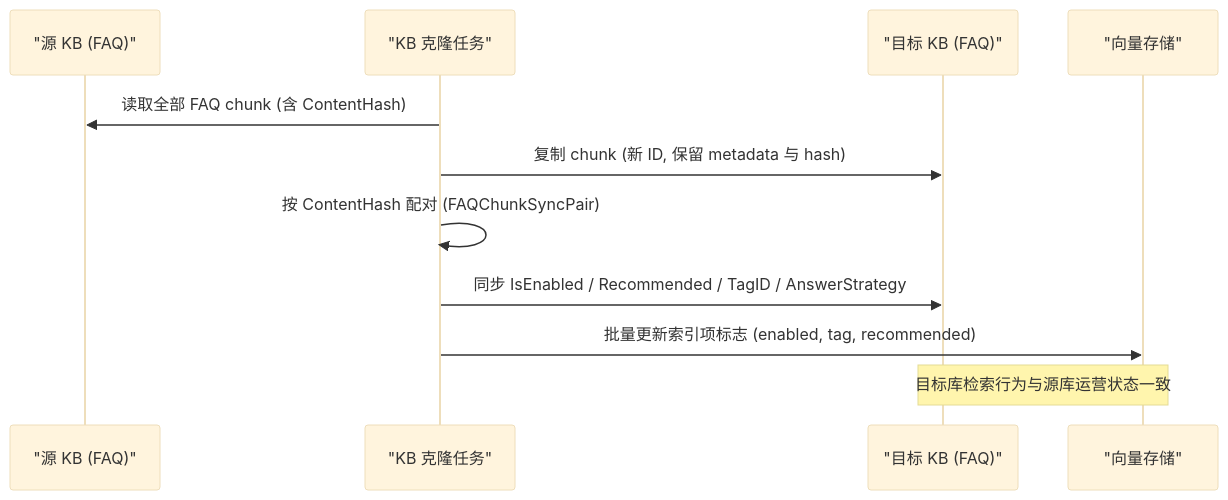
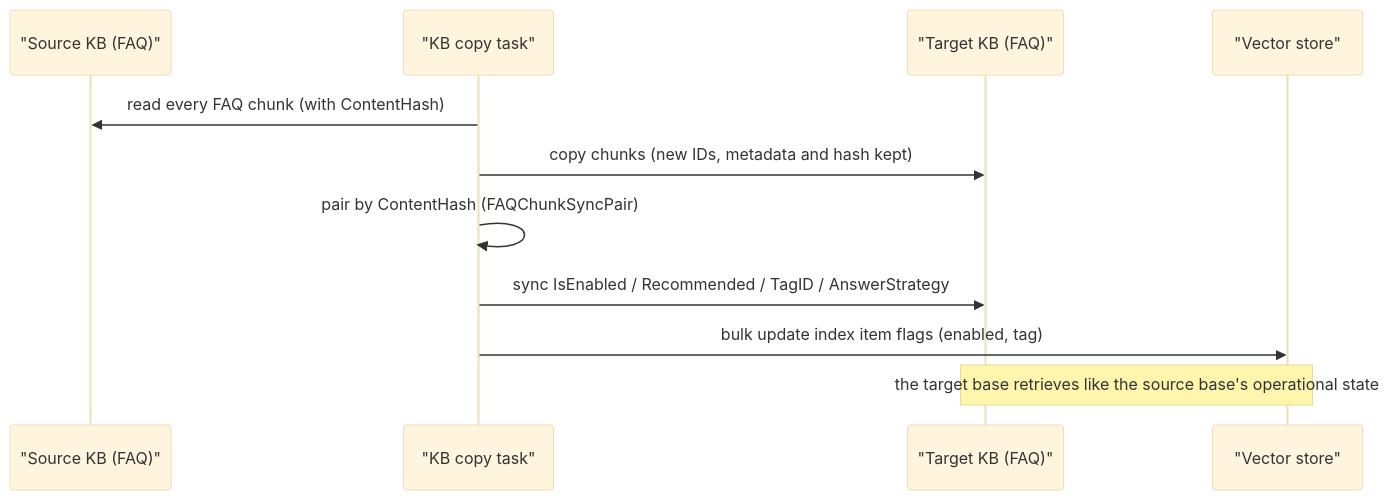
One commit to jrmatherly/ai-kb changed the second of 2 diagrams in website-docs/03-features/17-faq.md. Above: the diagram before and after it, drawn with Mermaid (base theme). The commit also changed other lines of this file and 5 other files, not shown here.

````diff
--- a/website-docs/03-features/17-faq.md
+++ b/website-docs/03-features/17-faq.md
@@ -223,13 +230,13 @@
 ```mermaid
 sequenceDiagram
-    participant Src as "源 KB (FAQ)"
-    participant Clone as "KB 克隆任务"
-    participant Dst as "目标 KB (FAQ)"
-    participant VS as "向量存储"
-    Clone->>Src: 读取全部 FAQ chunk (含 ContentHash)
-    Clone->>Dst: 复制 chunk (新 ID, 保留 metadata 与 hash)
-    Clone->>Clone: 按 ContentHash 配对 (FAQChunkSyncPair)
-    Clone->>Dst: 同步 IsEnabled / Recommended / TagID / AnswerStrategy
-    Clone->>VS: 批量更新索引项标志 (enabled, tag, recommended)
-    Note over Dst,VS: 目标库检索行为与源库运营状态一致
+    participant Src as "Source KB (FAQ)"
+    participant Clone as "KB copy task"
+    participant Dst as "Target KB (FAQ)"
+    participant VS as "Vector store"
+    Clone->>Src: read every FAQ chunk (with ContentHash)
+    Clone->>Dst: copy chunks (new IDs, metadata and hash kept)
+    Clone->>Clone: pair by ContentHash (FAQChunkSyncPair)
+    Clone->>Dst: sync IsEnabled / Recommended / TagID / AnswerStrategy
+    Clone->>VS: bulk update index item flags (enabled, tag)
+    Note over Dst,VS: the target base retrieves like the source base's operational state
 ```
````
